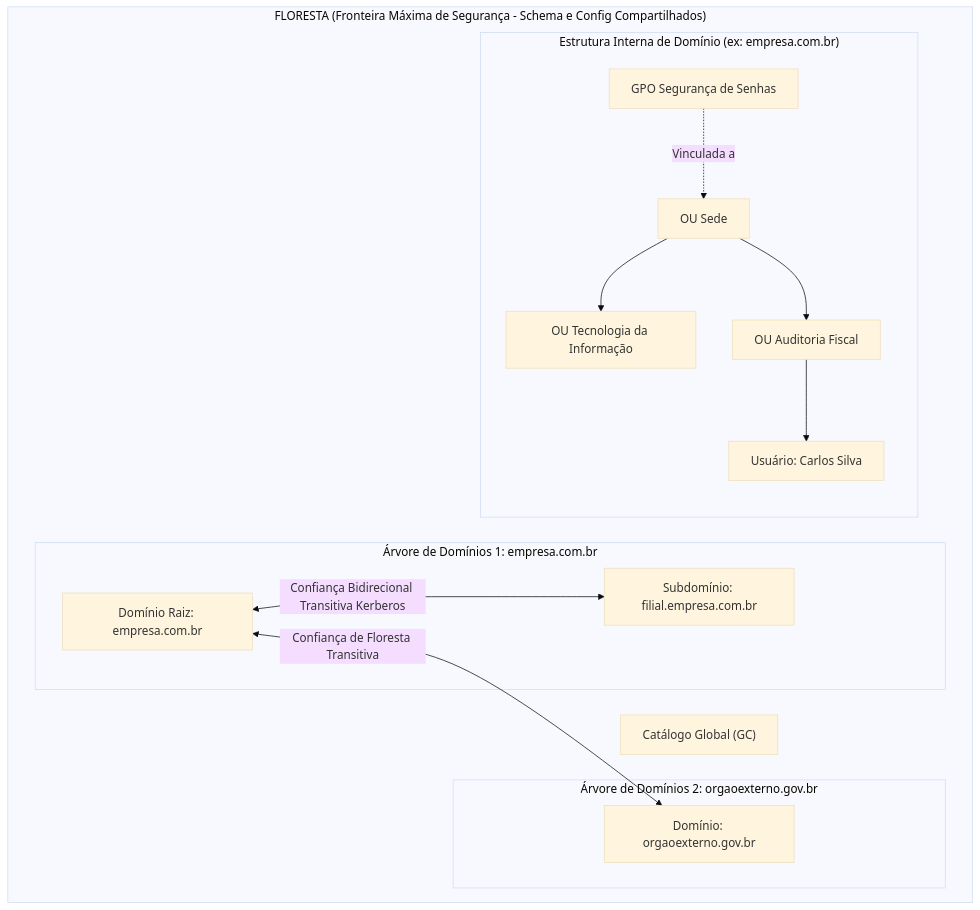
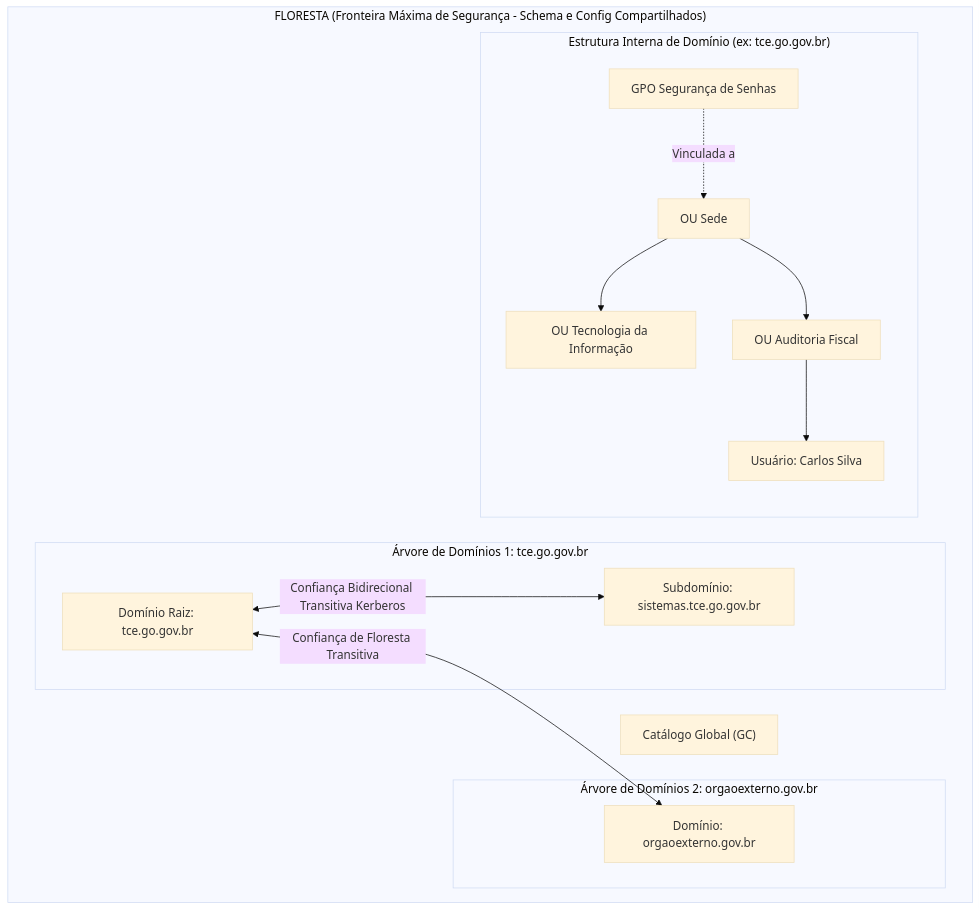
Before and after one commit to thiagosantos346/TCE-GO-2027: the first of 4 diagrams in fontes_de_estudo/conhecimentos_especificos_b02_ti/11_sistemas_operacionais_redes_e_nuvem/02_servicos_de_diretorio_active_directory_e_ldap.md, drawn with Mermaid (base theme). The commit also changed other lines of this file and 119 other files, not shown here.

````diff
--- a/fontes_de_estudo/conhecimentos_especificos_b02_ti/11_sistemas_operacionais_redes_e_nuvem/02_servicos_de_diretorio_active_directory_e_ldap.md
+++ b/fontes_de_estudo/conhecimentos_especificos_b02_ti/11_sistemas_operacionais_redes_e_nuvem/02_servicos_de_diretorio_active_directory_e_ldap.md
@@ -111,26 +115,26 @@
 ```mermaid
 flowchart TD
     subgraph Floresta["FLORESTA (Fronteira Máxima de Segurança - Schema e Config Compartilhados)"]
         GC["Catálogo Global (GC)"]
-        subgraph Arvore1["Árvore de Domínios 1: empresa.com.br"]
-            D1["Domínio Raiz: empresa.com.br"]
-            D2["Subdomínio: filial.empresa.com.br"]
+        subgraph Arvore1["Árvore de Domínios 1: tce.go.gov.br"]
+            D1["Domínio Raiz: tce.go.gov.br"]
+            D2["Subdomínio: sistemas.tce.go.gov.br"]
             D1 <-->|"Confiança Bidirecional Transitiva Kerberos"| D2
         end
         subgraph Arvore2["Árvore de Domínios 2: orgaoexterno.gov.br"]
             D3["Domínio: orgaoexterno.gov.br"]
         end
         D1 <-->|"Confiança de Floresta Transitiva"| D3
-        subgraph Estrutura_OU["Estrutura Interna de Domínio (ex: empresa.com.br)"]
+        subgraph Estrutura_OU["Estrutura Interna de Domínio (ex: tce.go.gov.br)"]
             OU_Sede["OU Sede"]
             OU_TI["OU Tecnologia da Informação"]
             OU_Audit["OU Auditoria Fiscal"]
             OU_Sede --> OU_TI
             OU_Sede --> OU_Audit
             User1["Usuário: Carlos Silva"]
             GPO1["GPO Segurança de Senhas"]
             OU_Audit --> User1
             GPO1 -.->|"Vinculada a"| OU_Sede
         end
     end
 ```
````
